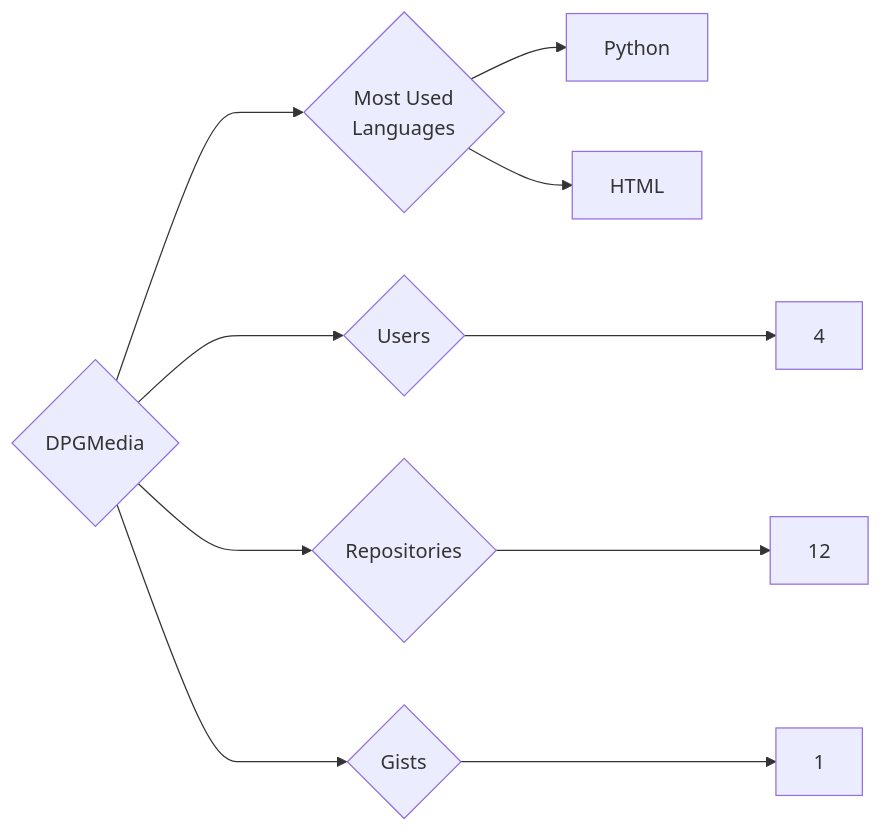
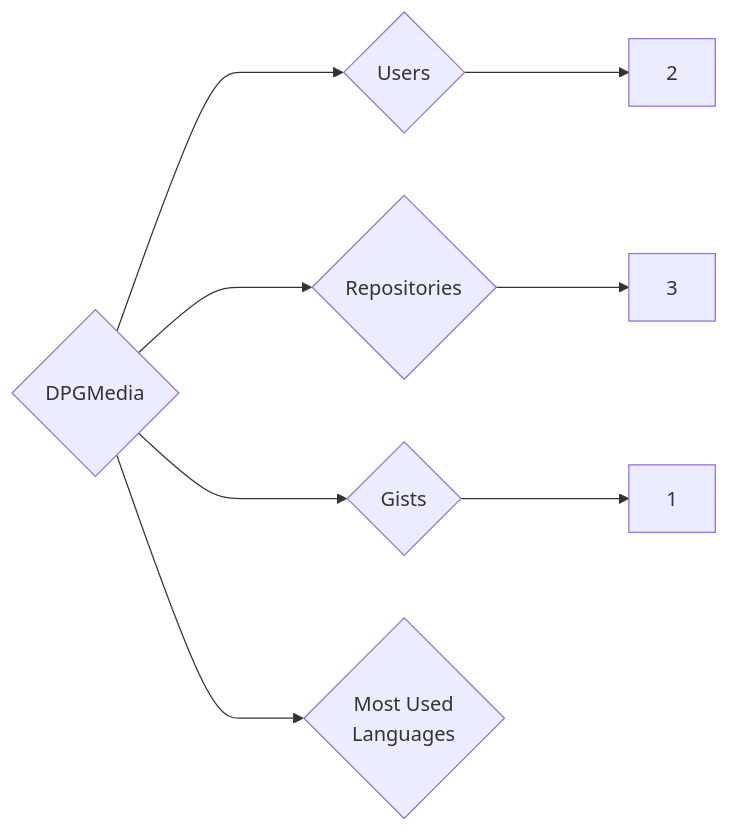
One commit to trickest/insiders changed the diagram in targets/DPGMedia/README.md. Above: the diagram before and after it, drawn with Mermaid. The commit also changed 1167 other files, not shown here.

````diff
--- a/targets/DPGMedia/README.md
+++ b/targets/DPGMedia/README.md
@@ -3,10 +3,8 @@
 ```mermaid
 graph LR
 COMPANY_NAME{DPGMedia}
-COMPANY_NAME ---> U{Users} ---> UN[4]
-COMPANY_NAME ---> R{Repositories} ---> RN[12]
+COMPANY_NAME ---> U{Users} ---> UN[2]
+COMPANY_NAME ---> R{Repositories} ---> RN[3]
 COMPANY_NAME ---> G{Gists} ---> GN[1]
 COMPANY_NAME ---> ML{Most Used<br>Languages}
-ML --> Python[Python]
-ML --> HTML[HTML]
 ```
````
